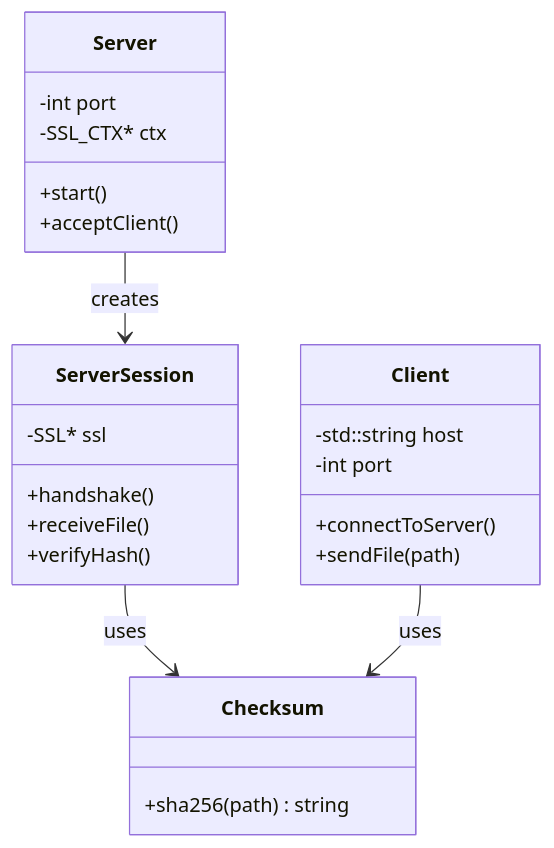
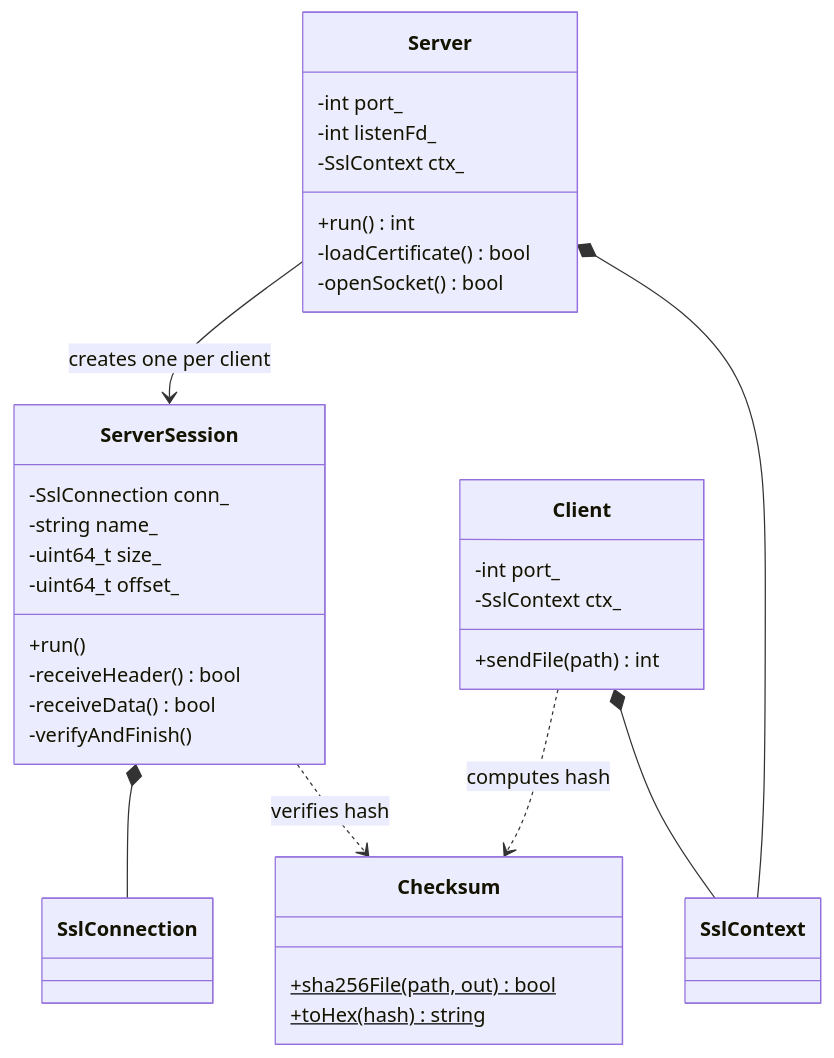
One commit to khushichoudhury1927-ops/secure-file-transfer changed the second of 4 diagrams in docs/ARCHITECTURE.md. Above: the diagram before and after it, drawn with Mermaid. The commit also changed other lines of this file and 13 other files, not shown here.

Commit message:
v1.1: class-based design (Server, ServerSession, Client, Checksum), RAII wrappers, progress and speed output

````diff
--- a/docs/ARCHITECTURE.md
+++ b/docs/ARCHITECTURE.md
@@ -31,27 +33,38 @@
 ```mermaid
 classDiagram
     class Server {
-        -int port
-        -SSL_CTX* ctx
-        +start()
-        +acceptClient()
+        -int port_
+        -int listenFd_
+        -SslContext ctx_
+        +run() int
+        -loadCertificate() bool
+        -openSocket() bool
     }
     class ServerSession {
-        -SSL* ssl
-        +handshake()
-        +receiveFile()
-        +verifyHash()
+        -SslConnection conn_
+        -string name_
+        -uint64_t size_
+        -uint64_t offset_
+        +run()
+        -receiveHeader() bool
+        -receiveData() bool
+        -verifyAndFinish()
     }
     class Client {
-        -std::string host
-        -int port
-        +connectToServer()
-        +sendFile(path)
+        -int port_
+        -SslContext ctx_
+        +sendFile(path) int
     }
     class Checksum {
-        +sha256(path) string
+        +sha256File(path, out)$ bool
+        +toHex(hash)$ string
     }
-    Server --> ServerSession : creates
-    ServerSession --> Checksum : uses
-    Client --> Checksum : uses
+    class SslContext
+    class SslConnection
+    Server --> ServerSession : creates one per client
+    Server *-- SslContext
+    ServerSession *-- SslConnection
+    ServerSession ..> Checksum : verifies hash
+    Client ..> Checksum : computes hash
+    Client *-- SslContext
 ```
````
